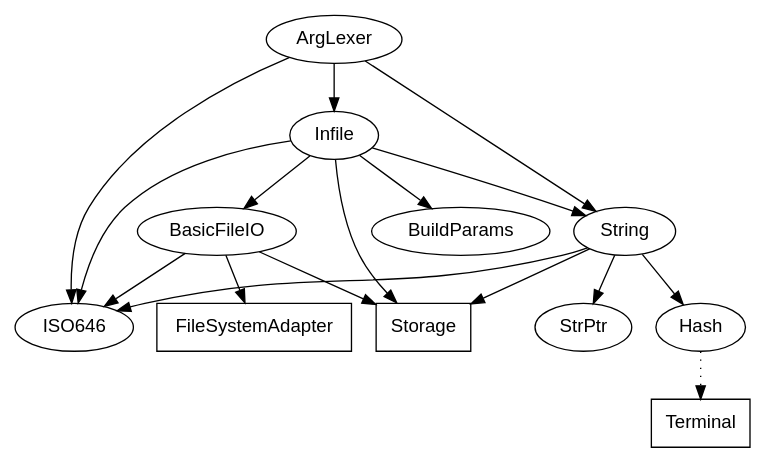
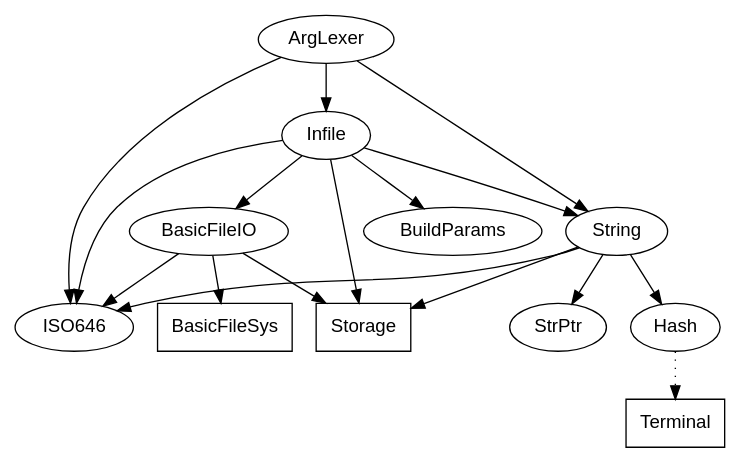
The diagram in ArgLexer.dep.dot (m2sf/M2PP-Module-Dependency-Graphs), drawn with Graphviz before and after one commit. The commit also changed 3 other files, not shown here.

```diff
--- a/ArgLexer.dep.dot
+++ b/ArgLexer.dep.dot
@@ -1,38 +1,38 @@
 digraph ArgLexerImports {
   node [fontname=helvetica];
   
   ArgLexer -> {
     Infile ISO646 String
   };
   
   Infile -> {
     BasicFileIO BuildParams ISO646 Storage String
   };
   
   BasicFileIO -> {
-    FileSystemAdapter ISO646 Storage
+    BasicFileSys ISO646 Storage
   };
   
-  FileSystemAdapter [shape=box];
+  BasicFileSys [shape=box];
     
   ISO646; /* no dependencies */
   
   Storage [shape=box]; /* stdlib */
   
   BuildParams; /* no dependencies */
     
   String -> {
     Hash ISO646 Storage StrPtr
   };
   
   edge [style=dotted];
   Hash -> {
     Terminal
   };
   edge [style=none];
   
   Terminal [shape=box]; /* stdlib */
   
   StrPtr; /* no dependencies */  
   
 } /* ArgLexerImports */
```
